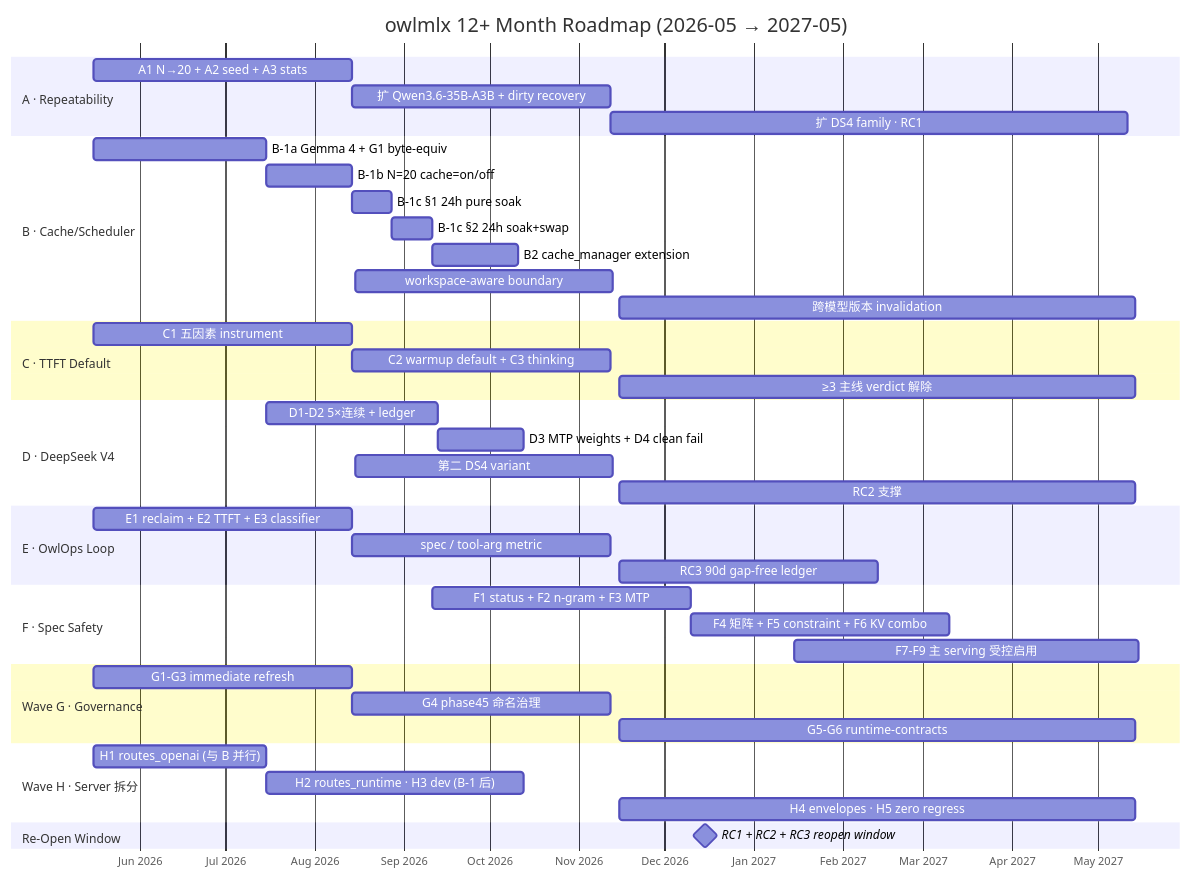
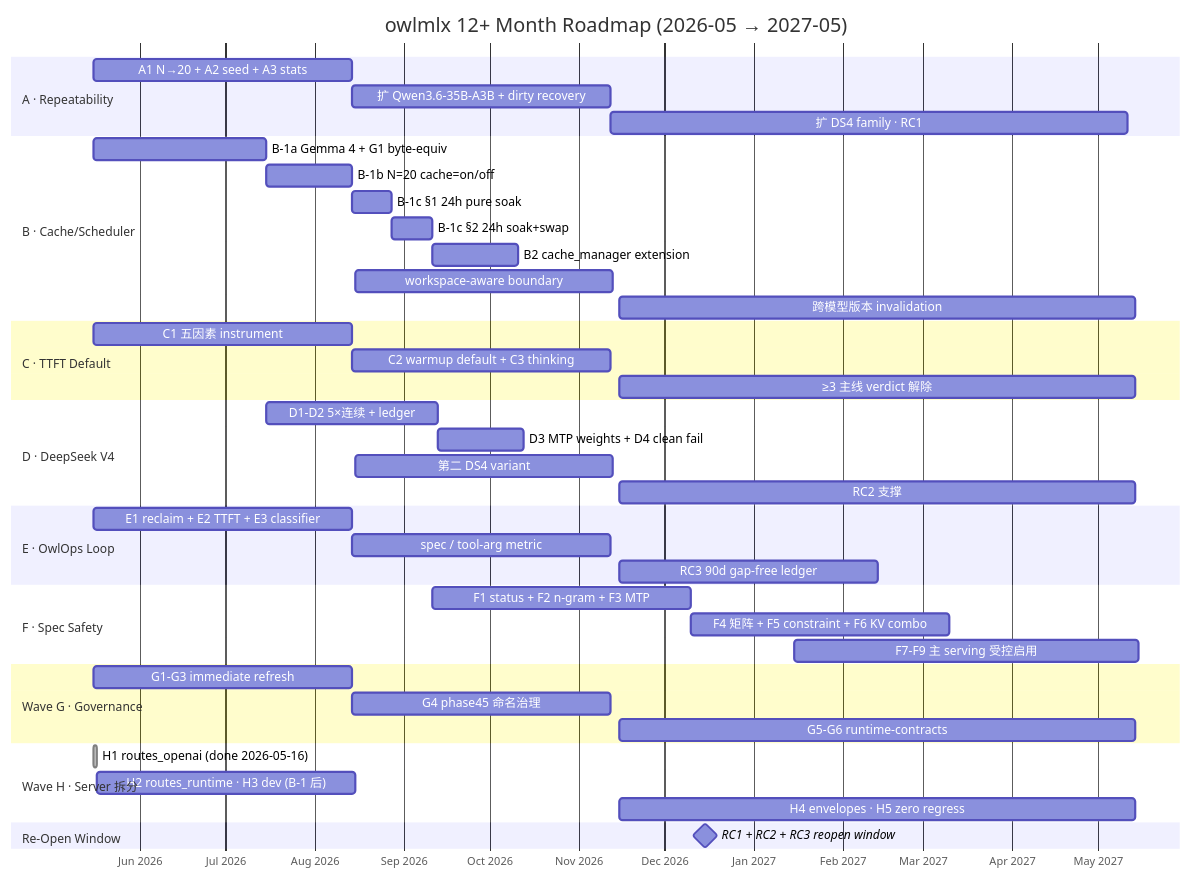
Before and after one commit to yeemio/owlmlx: the fifth of 5 diagrams in docs/architect/04-architecture-canvas.md, drawn with Mermaid. The commit also changed other lines of this file and 3 other files, not shown here.

Commit message:
docs(architect): record Wave H H1 route split

````diff
--- a/docs/architect/04-architecture-canvas.md
+++ b/docs/architect/04-architecture-canvas.md
@@ -286,54 +286,54 @@
 ```mermaid
 gantt
     title owlmlx 12+ Month Roadmap (2026-05 → 2027-05)
     dateFormat YYYY-MM-DD
     axisFormat %b %Y
 
     section A · Repeatability
     A1 N→20 + A2 seed + A3 stats         :a1, 2026-05-16, 90d
     扩 Qwen3.6-35B-A3B + dirty recovery  :a2, after a1, 90d
     扩 DS4 family · RC1                  :a3, after a2, 180d
 
     section B · Cache/Scheduler
     B-1a Gemma 4 + G1 byte-equiv         :b1a, 2026-05-16, 60d
     B-1b N=20 cache=on/off               :b1b, after b1a, 30d
     B-1c §1 24h pure soak                :b1c1, after b1b, 14d
     B-1c §2 24h soak+swap                :b1c2, after b1c1, 14d
     B2 cache_manager extension           :b2, after b1c2, 30d
     workspace-aware boundary             :b3, 2026-08-15, 90d
     跨模型版本 invalidation                :b4, 2026-11-15, 180d
 
     section C · TTFT Default
     C1 五因素 instrument                 :c1, 2026-05-16, 90d
     C2 warmup default + C3 thinking      :c2, after c1, 90d
     ≥3 主线 verdict 解除                  :c3, 2026-11-15, 180d
 
     section D · DeepSeek V4
     D1-D2 5×连续 + ledger                :d1, after b1a, 60d
     D3 MTP weights + D4 clean fail       :d3, after d1, 30d
     第二 DS4 variant                      :d5, 2026-08-15, 90d
     RC2 支撑                              :d6, 2026-11-15, 180d
 
     section E · OwlOps Loop
     E1 reclaim + E2 TTFT + E3 classifier :e1, 2026-05-16, 90d
     spec / tool-arg metric               :e2, after e1, 90d
     RC3 90d gap-free ledger              :e3, 2026-11-15, 90d
 
     section F · Spec Safety
     F1 status + F2 n-gram + F3 MTP       :f1, after b1c2, 90d
     F4 矩阵 + F5 constraint + F6 KV combo:f4, after f1, 90d
     F7-F9 主 serving 受控启用             :f7, 2027-01-15, 120d
 
     section Wave G · Governance
     G1-G3 immediate refresh              :g1, 2026-05-16, 90d
     G4 phase45 命名治理                   :g4, after g1, 90d
     G5-G6 runtime-contracts              :g5, 2026-11-15, 180d
 
     section Wave H · Server 拆分
-    H1 routes_openai (与 B 并行)          :h1, 2026-05-16, 60d
+    H1 routes_openai (done 2026-05-16)   :done, h1, 2026-05-16, 1d
     H2 routes_runtime · H3 dev (B-1 后)  :h2, after h1, 90d
     H4 envelopes · H5 zero regress       :h4, 2026-11-15, 180d
 
     section Re-Open Window
     RC1 + RC2 + RC3 reopen window        :milestone, m1, 2026-11-15, 60d
 ```
````
